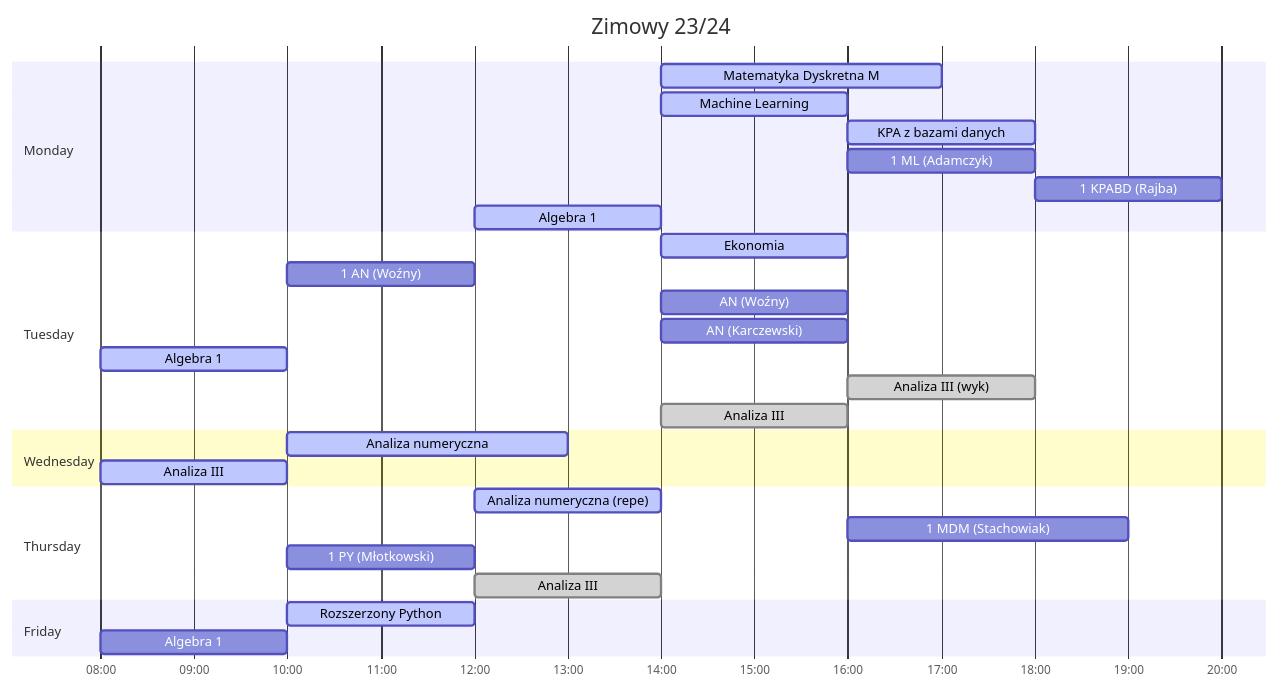
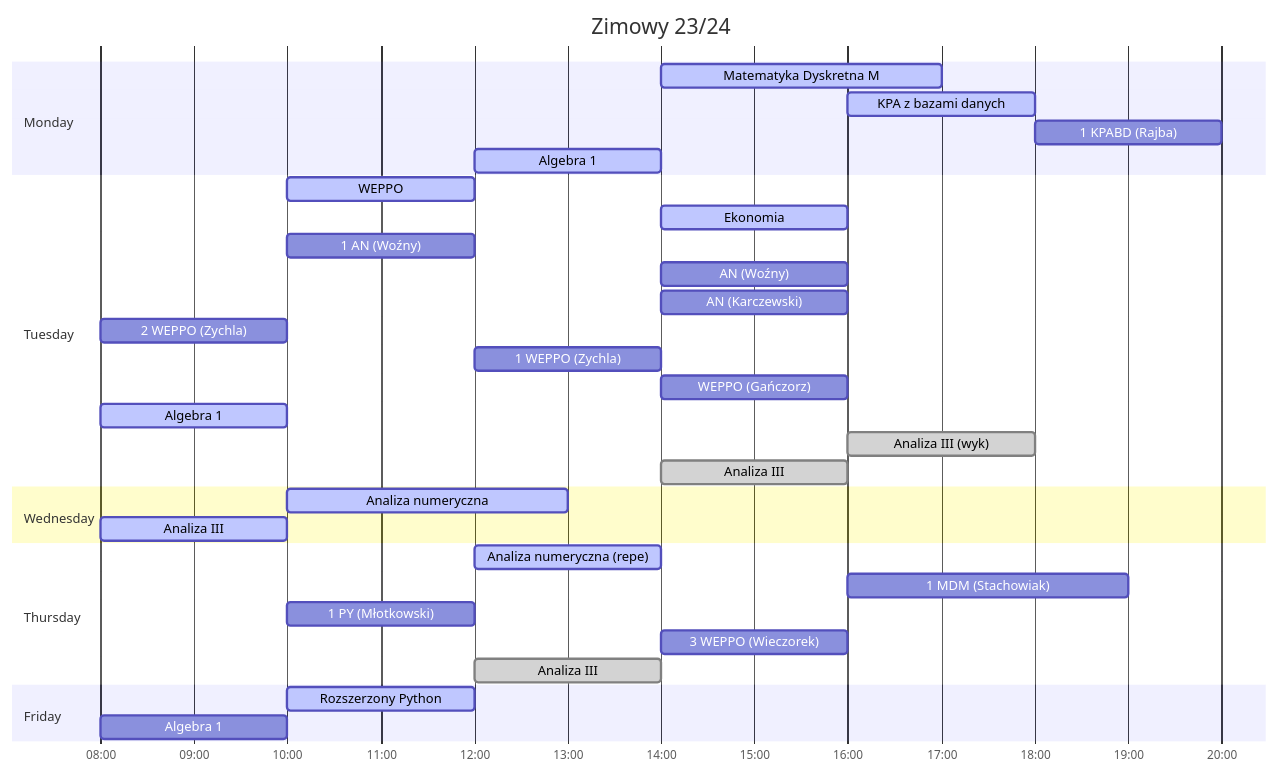
Before and after one commit to PatrykFlama/UWr: the third of 3 diagrams in README.md, drawn with Mermaid. The commit also changed other lines of this file, not shown here.

````diff
--- a/README.md
+++ b/README.md
@@ -136,70 +139,64 @@
 ```mermaid
 gantt
     title Zimowy 23/24
     dateFormat HH
     axisFormat %H:%M
 
     section Monday
         Matematyka Dyskretna M          : active, 14, 17
-        Machine Learning                : active, 14, 16
         KPA z bazami danych             : active, 16, 18
 
-        1 ML (Adamczyk)                   : 16, 18
         1 KPABD (Rajba)                   : 18, 20
 
         Algebra 1                       : active, 12, 14
 
     section Tuesday
-        %%%%% WEPPO                           : active, 10, 12
+        WEPPO                           : active, 10, 12
         Ekonomia                        : active, 14, 16
 
-        %%% 3 ML (Słupiński)                  : 08, 10
-        %%% 4 ML (Balcer)                     : 08, 10
         1 AN (Woźny)                      : 10, 12
         AN (Woźny)                      : 14, 16
         %% AN (Nowak)                      : 10, 12
         %% AN (Nowak)                      : 12, 14
         AN (Karczewski)                 : 14, 16
         %%% 2 AN (Karczewski)                 : 16, 18
         %%% 2 KPABD (Abbasi)                  : 18, 20
         %% PY (Balcer)                     : 10, 12
         %% PY (Piróg)                      : 12, 14
-        % 1 WEPPO (Zychla)                  : 08, 10
-        %%%%% 2 WEPPO (Zychla)                  : 12, 14
-        %%%%% WEPPO (Gańczorz)                : 14, 16
+        2 WEPPO (Zychla)                  : 08, 10
+        1 WEPPO (Zychla)                  : 12, 14
+        WEPPO (Gańczorz)                : 14, 16
 
         Algebra 1                       : active, 08, 10
         Analiza III (wyk)               : done, 16, 18
         Analiza III                     : done, 14, 16
 
     section Wednesday
         Analiza numeryczna              : active, 10, 13
         Analiza III                     : active, done, 08, 10
 
         %%% 2 MDM (Jeż)                       : 14, 17
-        %%% 2 ML (Biernacka)                  : 14, 16
-        % ML (Stypułkowski)               : 10, 12
         %%% 3 KPABD (Abbasi)                  : 18, 20
         %% PY (Adamczyk)                   : 08, 10
-        %%%%% WEPPO (Wieczorek)               : 14, 16
+        %% WEPPO (Wieczorek)               : 14, 16
 
     section Thursday
         Analiza numeryczna (repe)       : active, 12, 14
 
         1 MDM (Stachowiak)              : 16, 19
         %%% MDM (Dudek)                     : 16, 19
         1 PY (Młotkowski)                 : 10, 12
         %%% 2 PY (Młotkowski)                 : 08, 10
         %% PY (Słupiński)                  : 18, 20
-        %%%%% 3 WEPPO (Wieczorek)               : 14, 16
+        3 WEPPO (Wieczorek)               : 14, 16
 
         Analiza III                     : done, 12, 14
 
     section Friday
         Rozszerzony Python              : active, 10, 12
 
         %%% 3 PY (Młotkowski)                 : 08, 10
-        %%%%% % WEPPO (Gańczorz)                : 10, 12
+        % WEPPO (Gańczorz)                : 10, 12
 
         Algebra 1                       : 08, 10
 ```
````
